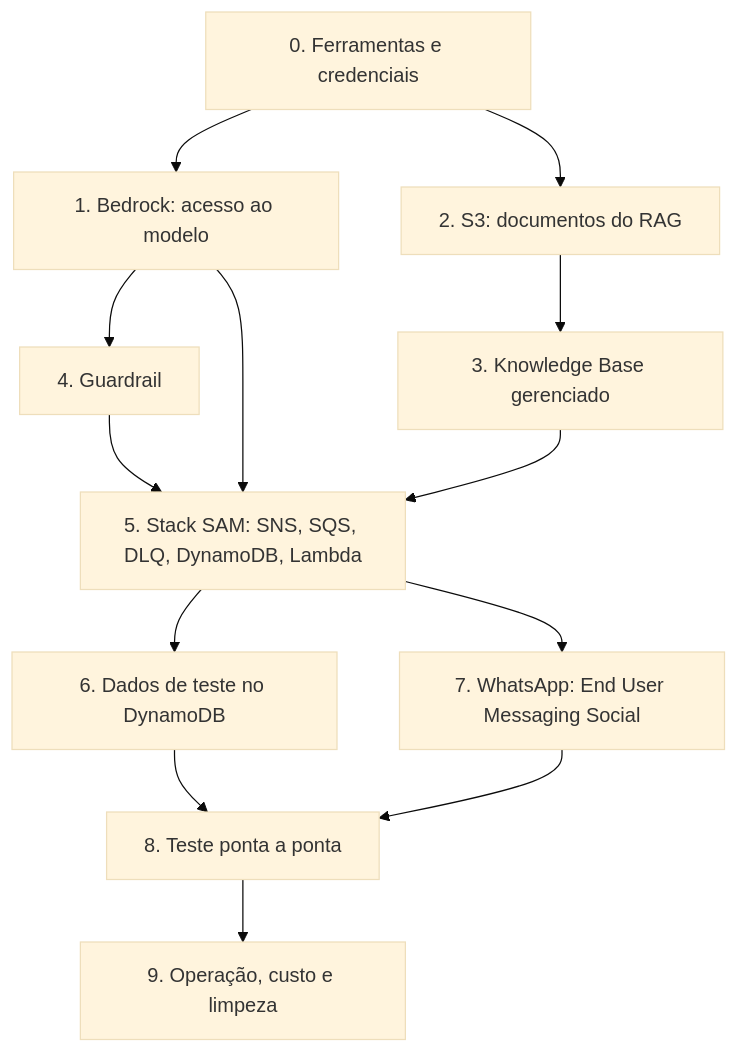
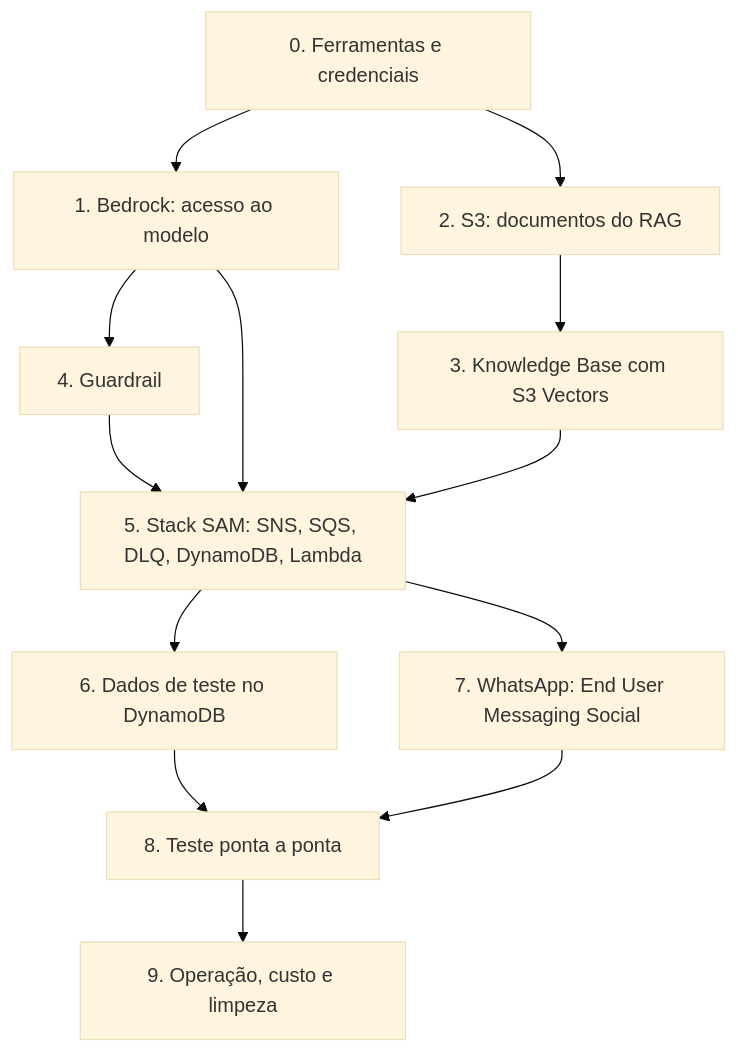
One commit to joaowillamy/colorado changed the diagram in whatsapp/infra.md. Above: the diagram before and after it, drawn with Mermaid (base theme). The commit also changed other lines of this file and 27 other files, not shown here.

````diff
--- a/whatsapp/infra.md
+++ b/whatsapp/infra.md
@@ -105,15 +106,15 @@
 ```mermaid
 flowchart TD
     B0[0. Ferramentas e credenciais] --> B1[1. Bedrock: acesso ao modelo]
     B0 --> B2[2. S3: documentos do RAG]
-    B2 --> B3[3. Knowledge Base gerenciado]
+    B2 --> B3[3. Knowledge Base com S3 Vectors]
     B1 --> B4[4. Guardrail]
     B1 --> B5
     B3 --> B5[5. Stack SAM: SNS, SQS, DLQ, DynamoDB, Lambda]
     B4 --> B5
     B5 --> B6[6. Dados de teste no DynamoDB]
     B5 --> B7[7. WhatsApp: End User Messaging Social]
     B6 --> B8[8. Teste ponta a ponta]
     B7 --> B8
     B8 --> B9[9. Operação, custo e limpeza]
 ```
````
